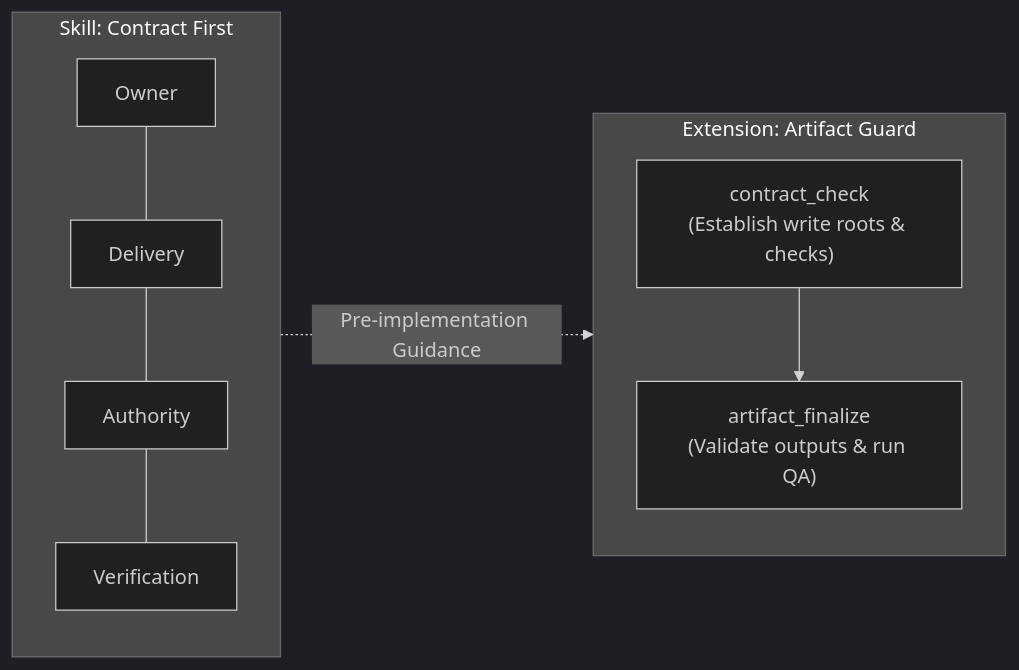
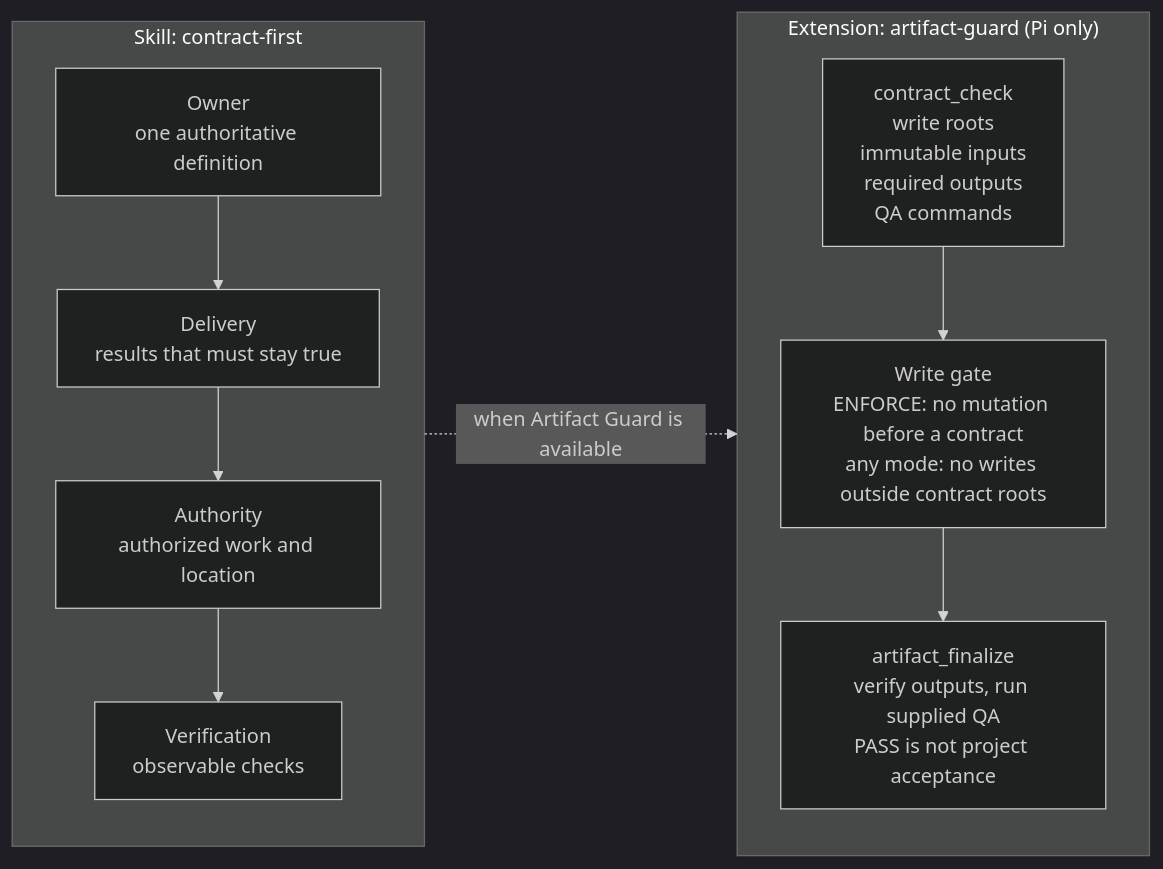
One commit to minqiyang/coordination-standard changed the third of 3 diagrams in README.md. Above: the diagram before and after it, drawn with Mermaid (dark theme). The commit also changed other lines of this file and 9 other files, not shown here.

````diff
--- a/README.md
+++ b/README.md
@@ -133,14 +115,19 @@
 ```mermaid
 flowchart LR
-    subgraph ContractFirst["Skill: Contract First"]
-        CF1["Owner"] --- CF2["Delivery"]
-        CF2 --- CF3["Authority"]
-        CF3 --- CF4["Verification"]
+    subgraph CF["Skill: contract-first"]
+        direction TB
+        O["Owner<br/>one authoritative definition"]
+        D["Delivery<br/>results that must stay true"]
+        Au["Authority<br/>authorized work and location"]
+        V["Verification<br/>observable checks"]
+        O --> D --> Au --> V
     end
-
-    subgraph ArtifactGuard["Extension: Artifact Guard"]
-        AG1["contract_check\n(Establish write roots & checks)"] --> AG2["artifact_finalize\n(Validate outputs & run QA)"]
+    subgraph AG["Extension: artifact-guard (Pi only)"]
+        direction TB
+        CC["contract_check<br/>write roots<br/>immutable inputs<br/>required outputs<br/>QA commands"]
+        GT["Write gate<br/>ENFORCE: no mutation before a contract<br/>any mode: no writes outside contract roots"]
+        FN["artifact_finalize<br/>verify outputs, run supplied QA<br/>PASS is not project acceptance"]
+        CC --> GT --> FN
     end
-
-    ContractFirst -.->|"Pre-implementation Guidance"| ArtifactGuard
+    CF -.->|"when Artifact Guard is available"| CC
 ```
````
